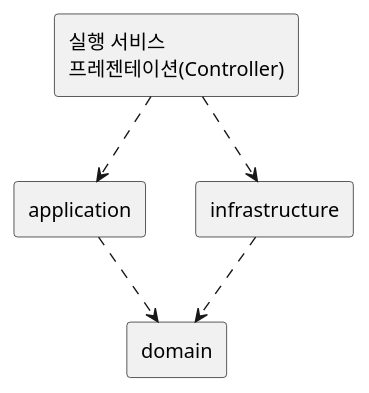
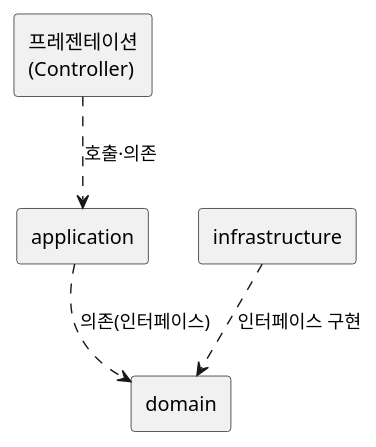
One commit to johnycho/johny-dev changed the first of 2 diagrams in blog/2026-08-24-ddd-layered-multimodule.mdx. Above: the diagram before and after it, drawn with PlantUML. The commit also changed other lines of this file and 24 other files, not shown here.

````diff
--- a/blog/2026-08-24-ddd-layered-multimodule.mdx
+++ b/blog/2026-08-24-ddd-layered-multimodule.mdx
@@ -133,16 +133,15 @@
 ```plantuml
 @startuml
 skinparam componentStyle rectangle
 skinparam defaultFontName sans-serif
 
-rectangle "실행 서비스\n프레젠테이션(Controller)" as S
+rectangle "프레젠테이션\n(Controller)" as P
 rectangle "application" as A
 rectangle "infrastructure" as I
 rectangle "domain" as D
 
-S ..> A
-S ..> I
-A ..> D
-I ..> D
+P ..> A : 호출·의존
+A ..> D : 의존(인터페이스)
+I ..> D : 인터페이스 구현
 @enduml
 ```
````
